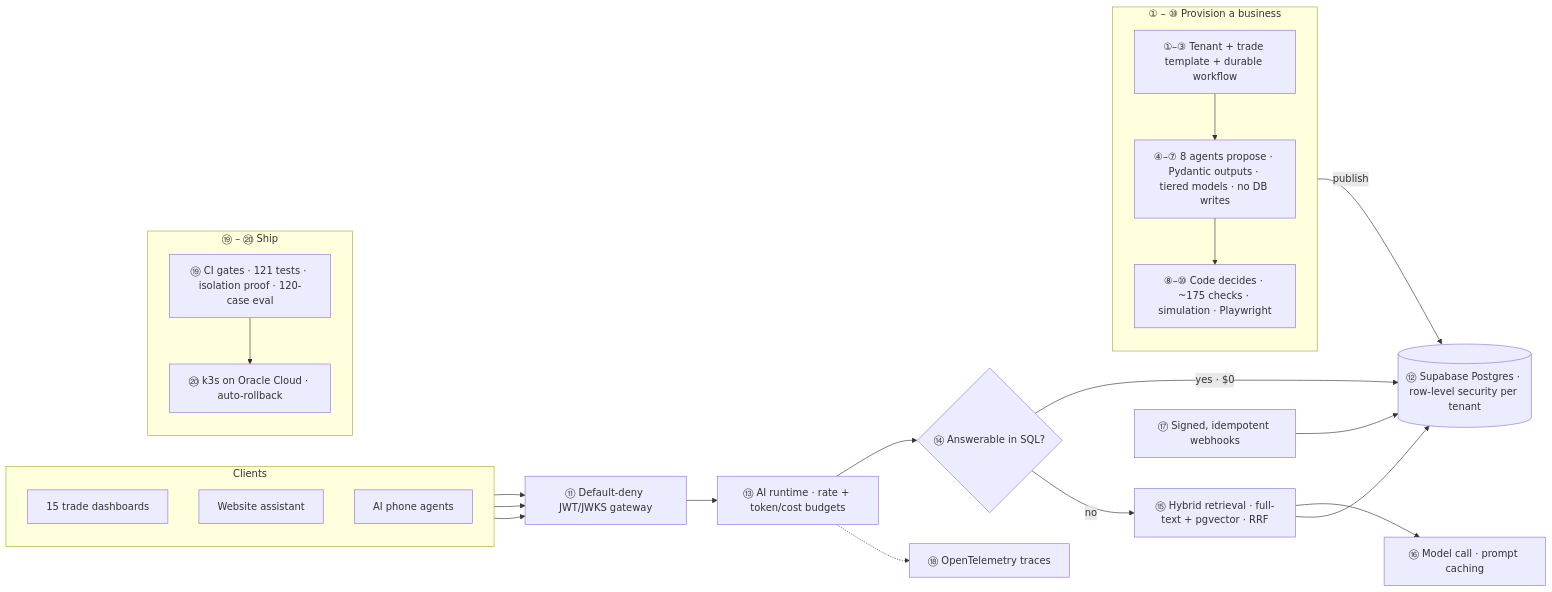
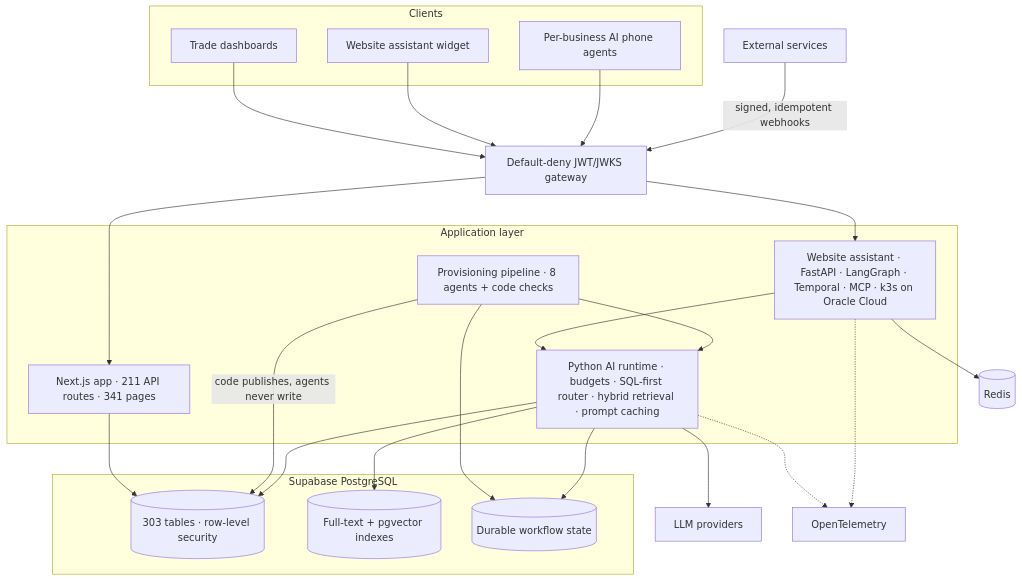
One commit to creAIveLabs-Test/creAIveLabs-Test changed the first of 4 diagrams in README.md. Above: the diagram before and after it, drawn with Mermaid. The commit also changed other lines of this file, not shown here.

````diff
--- a/README.md
+++ b/README.md
@@ -56,31 +112,43 @@
 ```mermaid
-flowchart LR
-    subgraph PV["① – ⑩ Provision a business"]
-        direction TB
-        A["①–③ Tenant + trade template + durable workflow"] --> B["④–⑦ 8 agents propose · Pydantic outputs · tiered models · no DB writes"]
-        B --> K["⑧–⑩ Code decides · ~175 checks · simulation · Playwright"]
+flowchart TB
+    subgraph CL["Clients"]
+        DASH["Trade dashboards"]
+        WEB["Website assistant widget"]
+        PHONE["Per-business AI phone agents"]
     end
 
-    subgraph CL["Clients"]
-        direction TB
-        D["15 trade dashboards"]
-        W["Website assistant"]
-        PH["AI phone agents"]
+    EXT["External services"]
+
+    GW["Default-deny JWT/JWKS gateway"]
+
+    subgraph APP["Application layer"]
+        NEXT["Next.js app · 211 API routes · 341 pages"]
+        WA["Website assistant · FastAPI · LangGraph · Temporal · MCP · k3s on Oracle Cloud"]
+        PROV["Provisioning pipeline · 8 agents + code checks"]
+        RT["Python AI runtime · budgets · SQL-first router · hybrid retrieval · prompt caching"]
     end
 
-    D & W & PH --> G["⑪ Default-deny JWT/JWKS gateway"]
-    G --> R["⑬ AI runtime · rate + token/cost budgets"]
-    R --> Q{"⑭ Answerable in SQL?"}
-    Q -- "yes · $0" --> DB[("⑫ Supabase Postgres · row-level security per tenant")]
-    Q -- no --> H["⑮ Hybrid retrieval · full-text + pgvector · RRF"]
-    H --> M["⑯ Model call · prompt caching"]
-    H --> DB
-    WH["⑰ Signed, idempotent webhooks"] --> DB
-    K -- publish --> DB
-    R -.-> O["⑱ OpenTelemetry traces"]
+    subgraph DATA["Supabase PostgreSQL"]
+        PG[("303 tables · row-level security")]
+        IDX[("Full-text + pgvector indexes")]
+        WF[("Durable workflow state")]
+    end
 
-    subgraph SH["⑲ – ⑳ Ship"]
-        direction TB
-        CI["⑲ CI gates · 121 tests · isolation proof · 120-case eval"] --> K3["⑳ k3s on Oracle Cloud · auto-rollback"]
-    end
+    REDIS[("Redis")]
+    LLM["LLM providers"]
+    OTEL["OpenTelemetry"]
+
+    DASH & WEB & PHONE --> GW
+    EXT -- "signed, idempotent webhooks" --> GW
+    GW --> NEXT & WA
+    NEXT --> PG
+    WA --> RT
+    WA --> REDIS
+    PROV --> RT
+    PROV --> WF
+    PROV -- "code publishes, agents never write" --> PG
+    RT --> PG & IDX & WF
+    RT --> LLM
+    RT -.-> OTEL
+    WA -.-> OTEL
 ```
````
